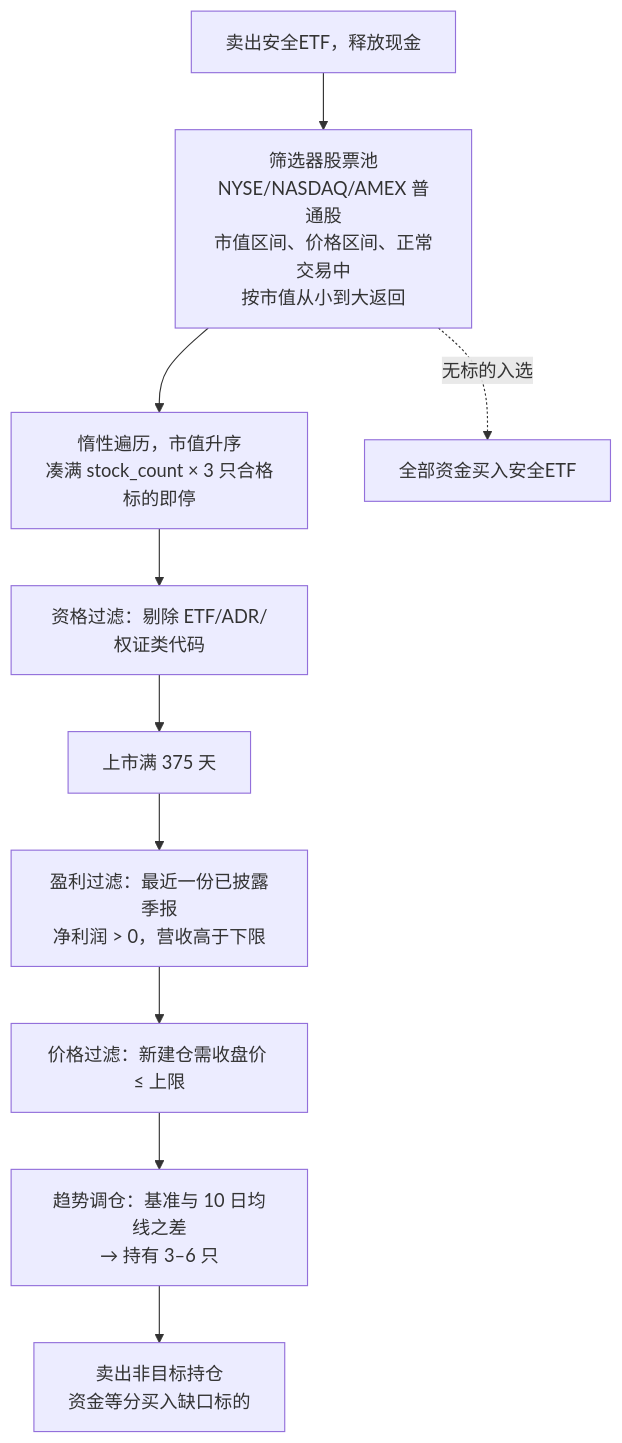
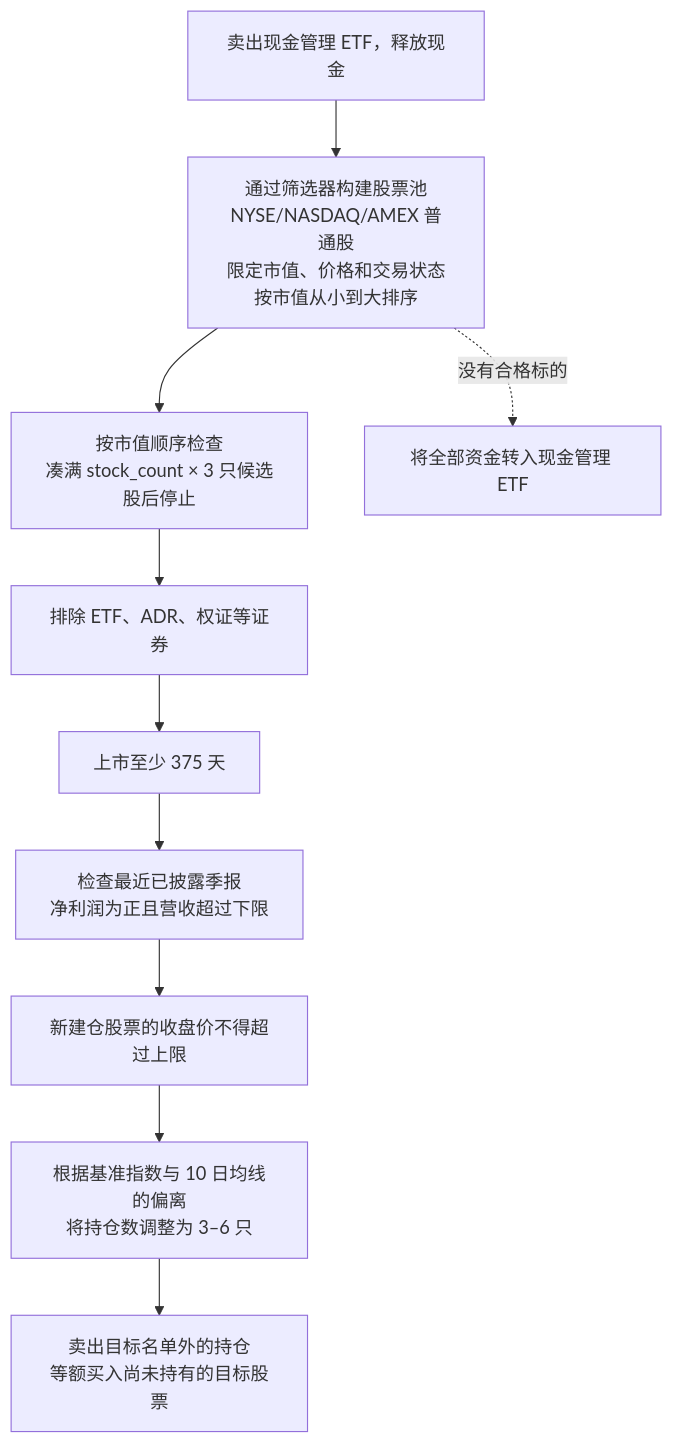
The diagram in README.zh-CN.md (whanyu1212/trading-script-anatomy), drawn with Mermaid before and after one commit. The commit also changed other lines of this file and 1 other file, not shown here.

````diff
--- a/README.zh-CN.md
+++ b/README.zh-CN.md
@@ -28,12 +29,12 @@
 ```mermaid
 flowchart TD
-    A[卖出安全ETF，释放现金] --> B[筛选器股票池<br/>NYSE/NASDAQ/AMEX 普通股<br/>市值区间、价格区间、正常交易中<br/>按市值从小到大返回]
-    B --> C[惰性遍历，市值升序<br/>凑满 stock_count × 3 只合格标的即停]
-    C --> C1[资格过滤：剔除 ETF/ADR/权证类代码]
-    C1 --> C2[上市满 375 天]
-    C2 --> C3[盈利过滤：最近一份已披露季报<br/>净利润 > 0，营收高于下限]
-    C3 --> D[价格过滤：新建仓需收盘价 ≤ 上限]
-    D --> E[趋势调仓：基准与 10 日均线之差<br/>→ 持有 3–6 只]
-    E --> F[卖出非目标持仓<br/>资金等分买入缺口标的]
-    B -. 无标的入选 .-> G[全部资金买入安全ETF]
+    A[卖出现金管理 ETF，释放现金] --> B[通过筛选器构建股票池<br/>NYSE/NASDAQ/AMEX 普通股<br/>限定市值、价格和交易状态<br/>按市值从小到大排序]
+    B --> C[按市值顺序检查<br/>凑满 stock_count × 3 只候选股后停止]
+    C --> C1[排除 ETF、ADR、权证等证券]
+    C1 --> C2[上市至少 375 天]
+    C2 --> C3[检查最近已披露季报<br/>净利润为正且营收超过下限]
+    C3 --> D[新建仓股票的收盘价不得超过上限]
+    D --> E[根据基准指数与 10 日均线的偏离<br/>将持仓数调整为 3–6 只]
+    E --> F[卖出目标名单外的持仓<br/>等额买入尚未持有的目标股票]
+    B -. 没有合格标的 .-> G[将全部资金转入现金管理 ETF]
 ```
````
